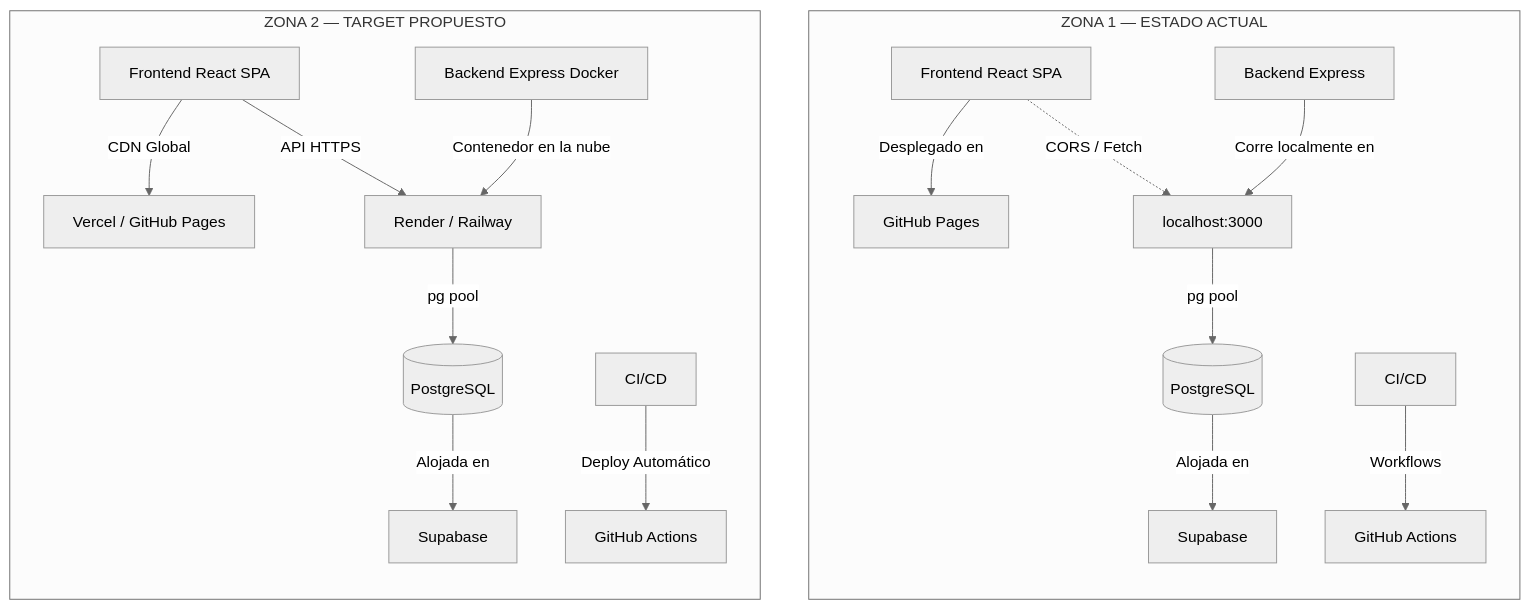
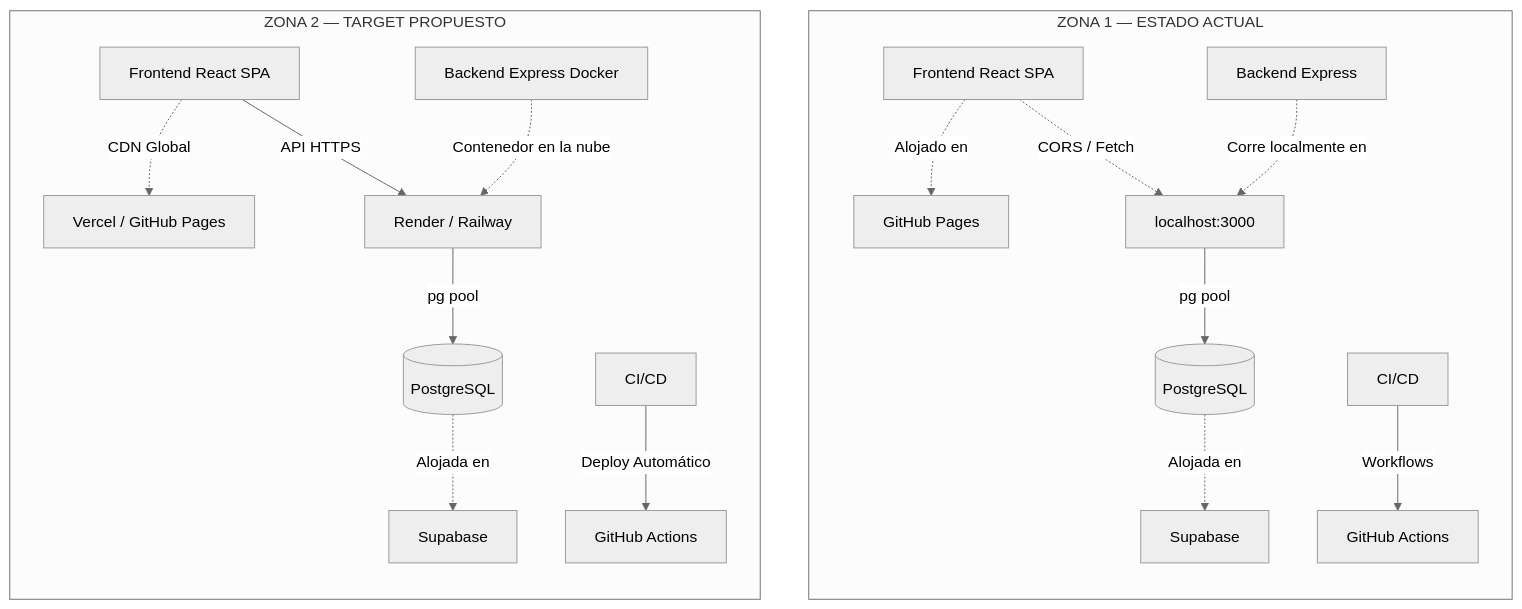
The diagram in docs/diagramas/D7-despliegue/diagram.mmd (Leofit-Solutions-Grupo01/leofit-pedidos-sistema), drawn with Mermaid (neutral theme) before and after one commit. The commit also changed 1 other file, not shown here.

Commit message:
fix(diagrams): mejorar semantica de flechas en D7

```diff
--- a/docs/diagramas/D7-despliegue/diagram.mmd
+++ b/docs/diagramas/D7-despliegue/diagram.mmd
@@ -1,22 +1,22 @@
 flowchart TD
     subgraph Actual [ZONA 1 — ESTADO ACTUAL]
         direction TB
-        FE[Frontend React SPA] -->|Desplegado en| GHPages[GitHub Pages]
-        BE[Backend Express] -->|Corre localmente en| Local[localhost:3000]
-        DB[(PostgreSQL)] -->|Alojada en| Supa[Supabase]
+        FE[Frontend React SPA] -.->|Alojado en| GHPages[GitHub Pages]
+        BE[Backend Express] -.->|Corre localmente en| Local[localhost:3000]
+        DB[(PostgreSQL)] -.->|Alojada en| Supa[Supabase]
         CI[CI/CD] -->|Workflows| GHA[GitHub Actions]
         
         FE -.->|CORS / Fetch| Local
         Local -->|pg pool| DB
     end
 
     subgraph Target [ZONA 2 — TARGET PROPUESTO]
         direction TB
-        FE2[Frontend React SPA] -->|CDN Global| Vercel[Vercel / GitHub Pages]
-        BE2[Backend Express Docker] -->|Contenedor en la nube| Render[Render / Railway]
-        DB2[(PostgreSQL)] -->|Alojada en| Supa2[Supabase]
+        FE2[Frontend React SPA] -.->|CDN Global| Vercel[Vercel / GitHub Pages]
+        BE2[Backend Express Docker] -.->|Contenedor en la nube| Render[Render / Railway]
+        DB2[(PostgreSQL)] -.->|Alojada en| Supa2[Supabase]
         CI2[CI/CD] -->|Deploy Automático| GHA2[GitHub Actions]
         
         FE2 -->|API HTTPS| Render
         Render -->|pg pool| DB2
     end
```
